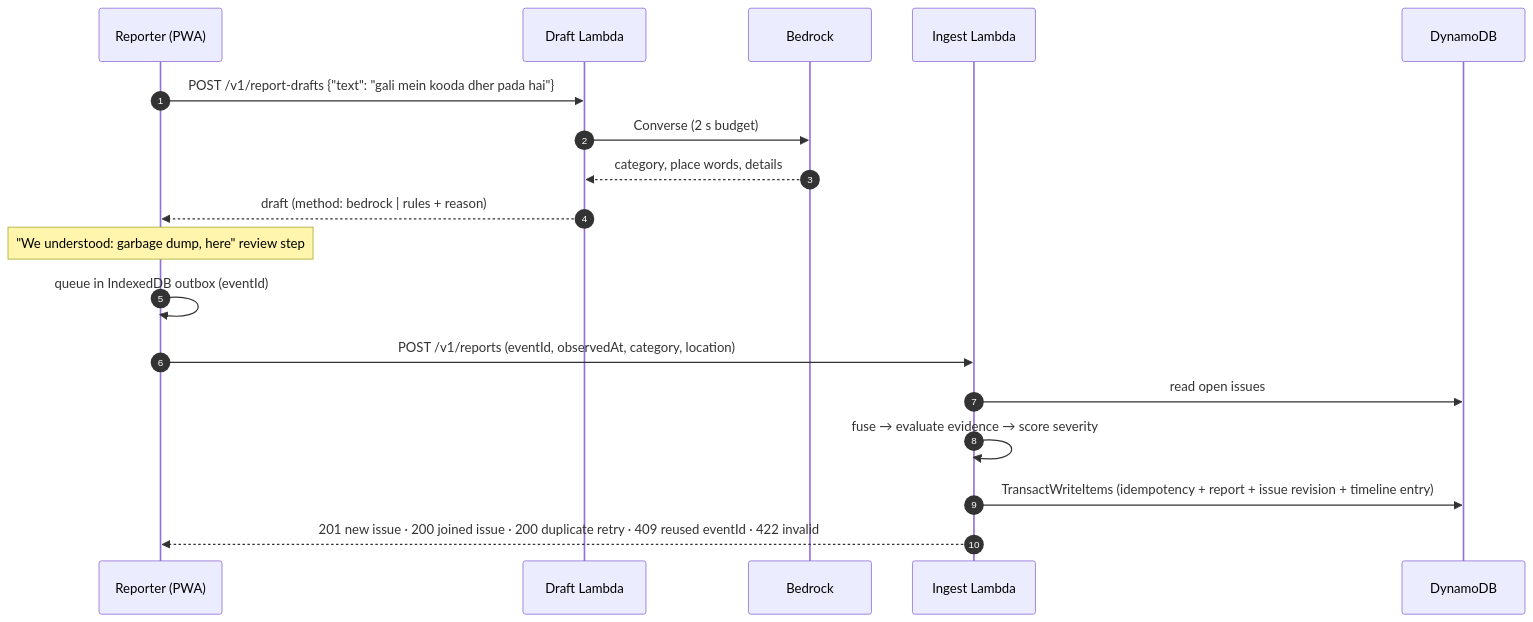
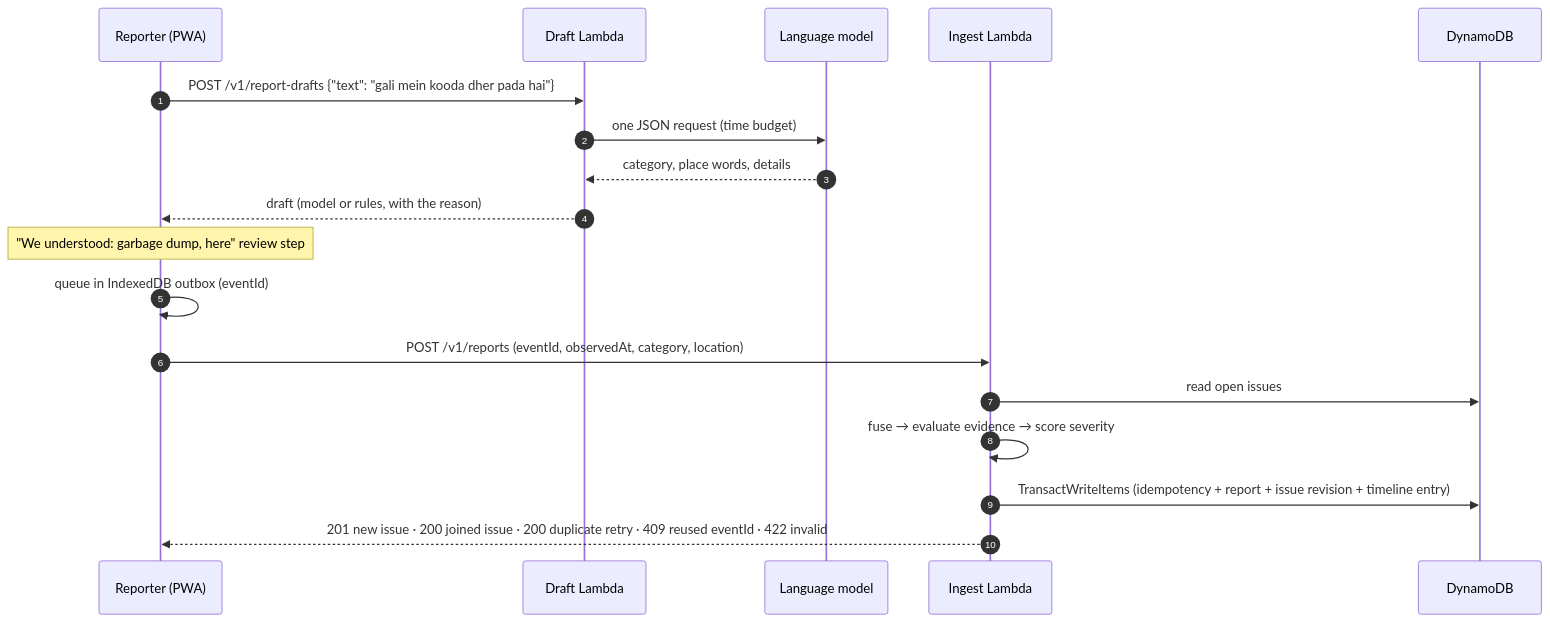
Before and after one commit to 4-thkind/Kestrel: diagram 12 of 15 in README.md, drawn with Mermaid. The commit also changed other lines of this file, not shown here.

````diff
--- a/README.md
+++ b/README.md
@@ -498,20 +508,20 @@
 ```mermaid
 sequenceDiagram
   autonumber
   participant R as Reporter (PWA)
   participant D as Draft Lambda
-  participant B as Bedrock
+  participant B as Language model
   participant I as Ingest Lambda
   participant T as DynamoDB
   R->>D: POST /v1/report-drafts {"text": "gali mein kooda dher pada hai"}
-  D->>B: Converse (2 s budget)
+  D->>B: one JSON request (time budget)
   B-->>D: category, place words, details
-  D-->>R: draft (method: bedrock | rules + reason)
+  D-->>R: draft (model or rules, with the reason)
   Note over R: "We understood: garbage dump, here" review step
   R->>R: queue in IndexedDB outbox (eventId)
   R->>I: POST /v1/reports (eventId, observedAt, category, location)
   I->>T: read open issues
   I->>I: fuse → evaluate evidence → score severity
   I->>T: TransactWriteItems (idempotency + report + issue revision + timeline entry)
   I-->>R: 201 new issue · 200 joined issue · 200 duplicate retry · 409 reused eventId · 422 invalid
 ```
````
